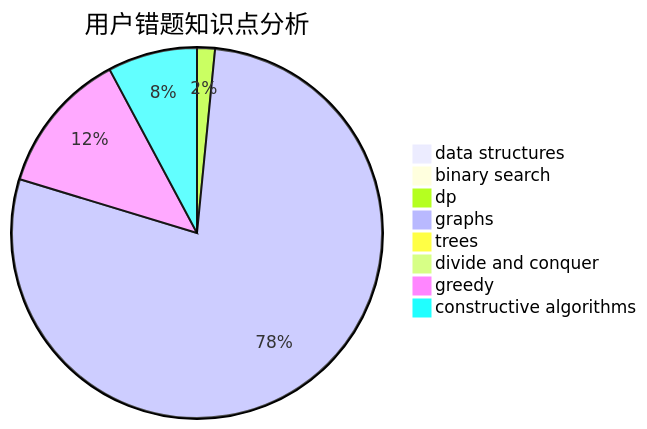
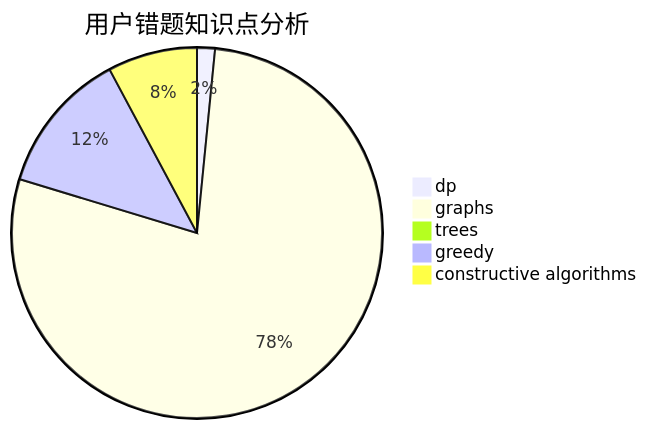
Before and after one commit to sherpahu/cfrs.github.io: the third of 3 diagrams in docs/user/u1042.md, drawn with Mermaid. The commit also changed other lines of this file and 2770 other files, not shown here.

````diff
--- a/docs/user/u1042.md
+++ b/docs/user/u1042.md
@@ -31,11 +29,8 @@
 ```mermaid
 pie title 用户错题知识点分析
-    "data structures" :  0
-    "binary search" :  0
     "dp" :  2
     "graphs" :  100
     "trees" :  1
-    "divide and conquer" :  0
     "greedy" :  16
     "constructive algorithms" :  10
 ```
````
